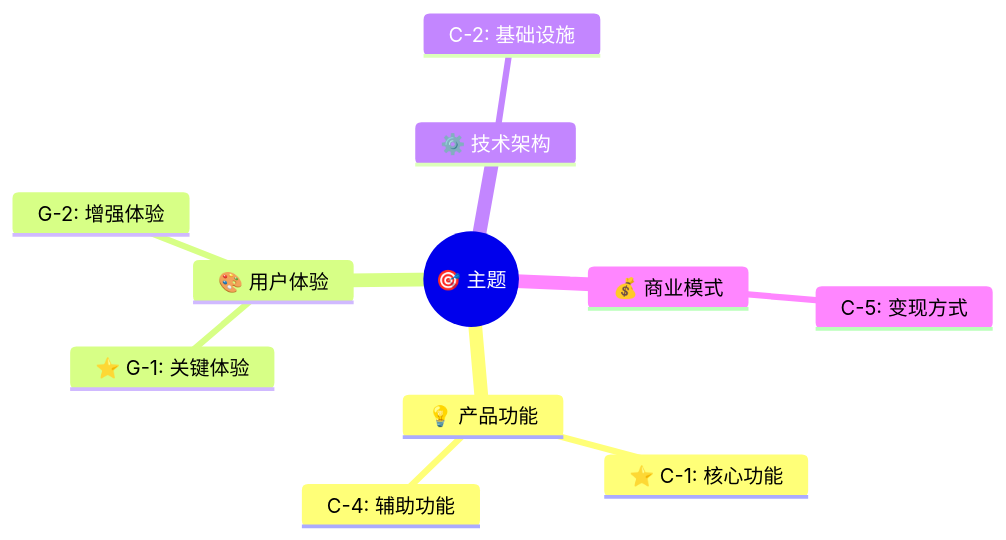
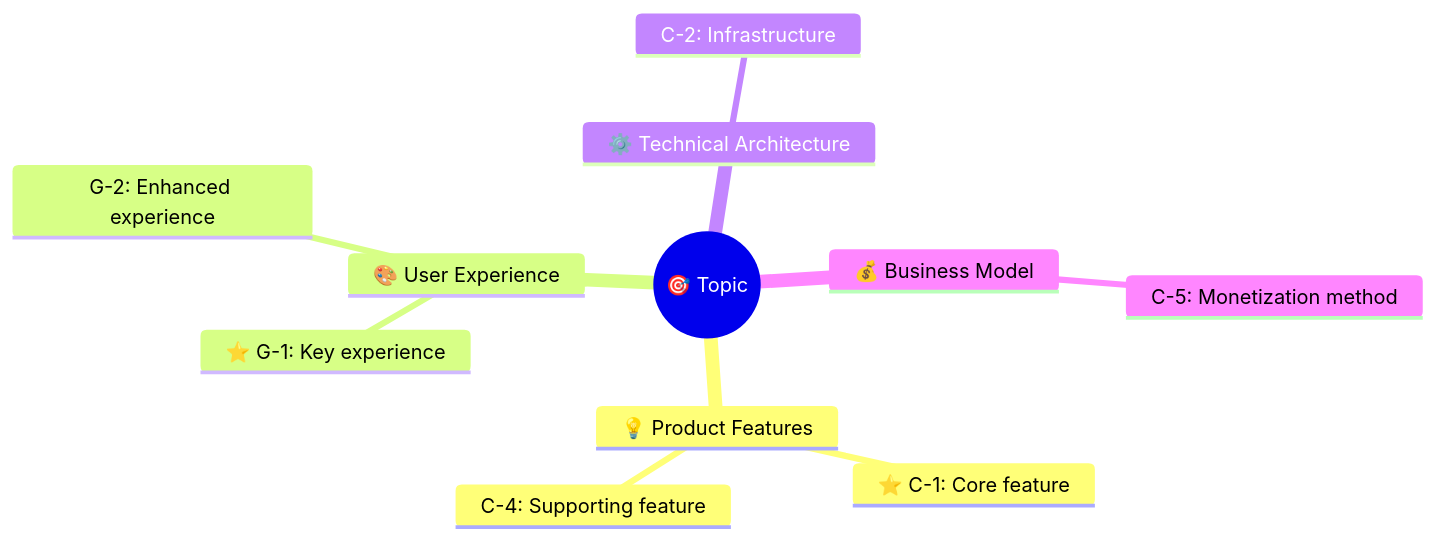
One commit to zengwenliang416/my-plugins changed the second of 10 diagrams in plugins/brainstorm/skills/idea-evaluator/references/mermaid-templates.md. Above: the diagram before and after it, drawn with Mermaid. The commit also changed other lines of this file and 3 other files, not shown here.

````diff
--- a/plugins/brainstorm/skills/idea-evaluator/references/mermaid-templates.md
+++ b/plugins/brainstorm/skills/idea-evaluator/references/mermaid-templates.md
@@ -28,14 +28,14 @@
 ```mermaid
 mindmap
-  root((🎯 主题))
-    💡 产品功能
-      ⭐ C-1: 核心功能
-      C-4: 辅助功能
-    🎨 用户体验
-      ⭐ G-1: 关键体验
-      G-2: 增强体验
-    ⚙️ 技术架构
-      C-2: 基础设施
-    💰 商业模式
-      C-5: 变现方式
+  root((🎯 Topic))
+    💡 Product Features
+      ⭐ C-1: Core feature
+      C-4: Supporting feature
+    🎨 User Experience
+      ⭐ G-1: Key experience
+      G-2: Enhanced experience
+    ⚙️ Technical Architecture
+      C-2: Infrastructure
+    💰 Business Model
+      C-5: Monetization method
 ```
````
